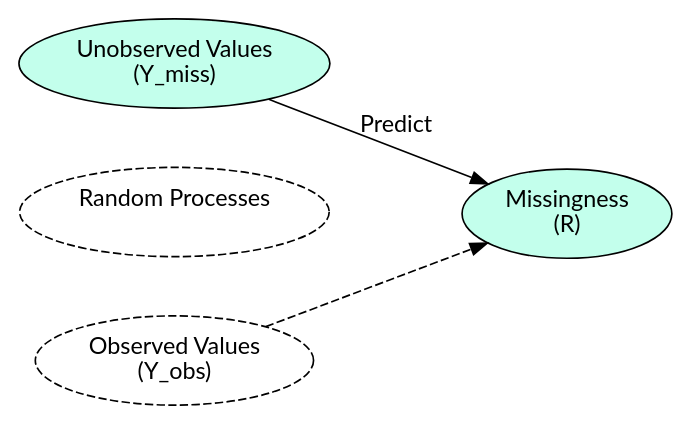
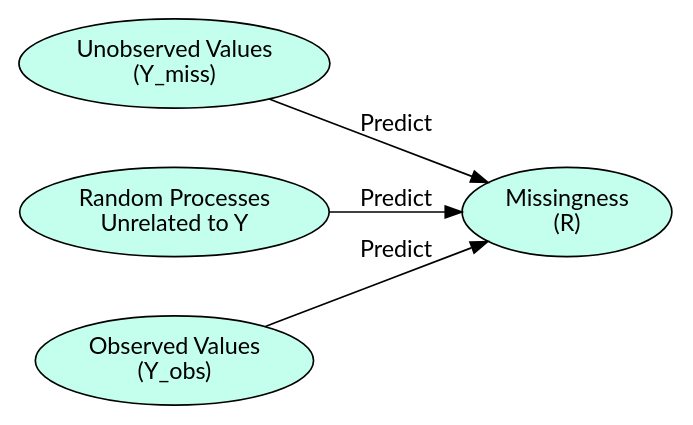
Before and after one commit to sjpierce/FMDE2024: the fourth of 4 diagrams in Slides.qmd, drawn with Graphviz. The commit also changed other lines of this file, not shown here.

````diff
--- a/Slides.qmd
+++ b/Slides.qmd
@@ -593,20 +616,21 @@
 ```{dot}
 //| fig-width: 9
 //| fig-height: 4
 digraph MNAR {
 rankdir="LR";
 
 node [shape = "ellipse", style= "filled", fontname="Lato", fillcolor = "#C3FFEC"]
 Missing [label = "Missingness\n(R)"]
-Observed [label = "Observed Values\n(Y_obs)", style = "dashed"]
-Random [label = "Random Processes\n ", style = "dashed"]
+Observed [label = "Observed Values\n(Y_obs)"]
+Random [label = "Random Processes\nUnrelated to Y"]
 Unobserved [label = "Unobserved Values\n(Y_miss)"]
 
 edge [fontname="Lato"]
 Unobserved -> Missing [label = "Predict"]
-Observed -> Missing [style = "dashed"]
+Random -> Missing [label = "Predict"]
+Observed -> Missing [label = "Predict"]
 Unobserved -> Random -> Observed [style = "invis"]
 
 {rank = same; Unobserved; Random; Observed}
 }
 ```
````
